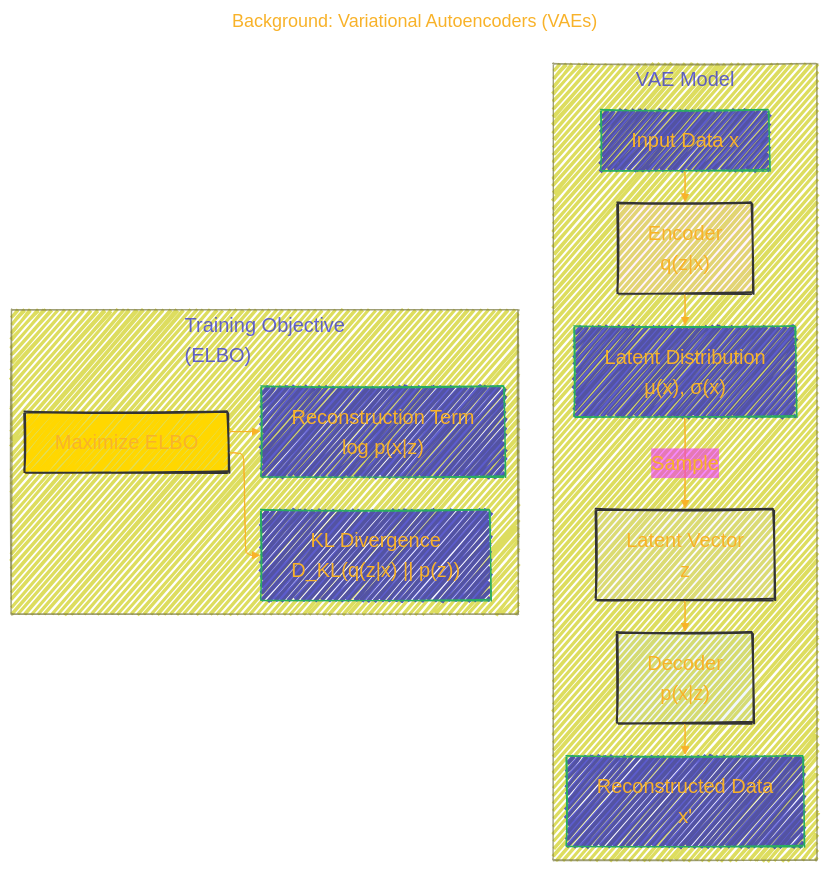
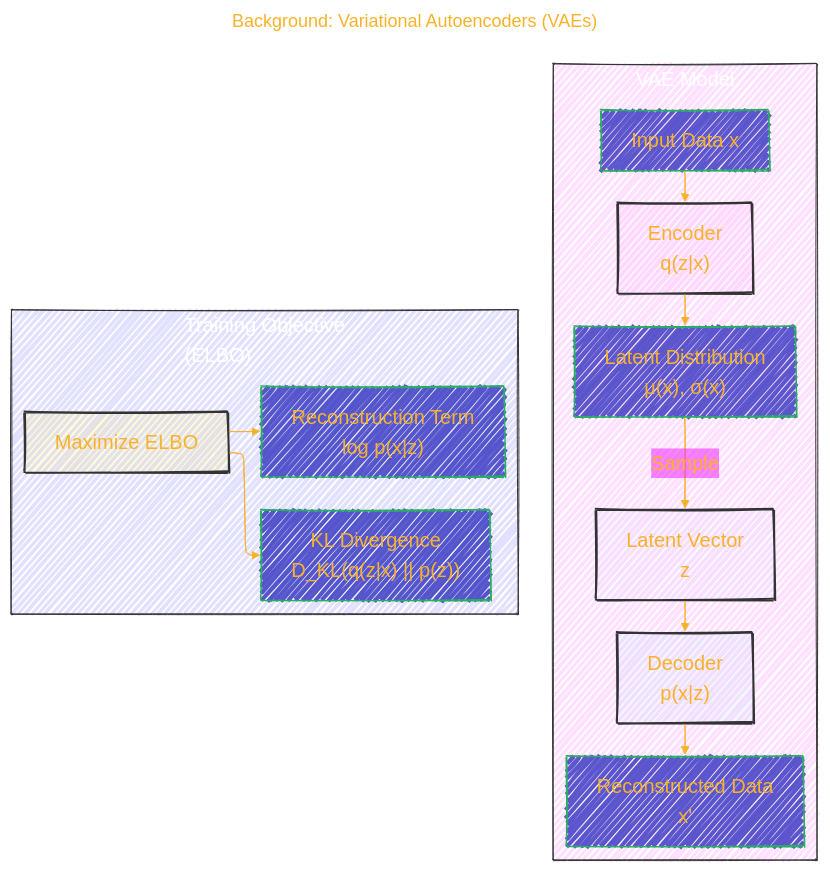
The first of 5 diagrams in Variational_Lossy_Autoencoder/Variational_Lossy_Autoencoder.md (CongLeSolutionX/Ilya_Sutskever_reading_list), drawn with Mermaid before and after one commit. The commit also changed other lines of this file, not shown here.

````diff
--- a/Variational_Lossy_Autoencoder/Variational_Lossy_Autoencoder.md
+++ b/Variational_Lossy_Autoencoder/Variational_Lossy_Autoencoder.md
@@ -96,53 +98,55 @@
 ```mermaid
 ---
 title: "Background: Variational Autoencoders (VAEs)"
 author: "Cong Le"
 version: "1.0"
 license(s): "MIT, CC BY-SA 4.0"
 copyright: "Copyright (c) 2025 Cong Le. All Rights Reserved."
 config:
   layout: elk
   theme: base
   look: handDrawn
 ---
 %%%%%%%% Mermaid version v11.4.1-b.14
 %%%%%%%% Available curve styles include the following keywords:
 %% basis, bumpX, bumpY, cardinal, catmullRom, linear, monotoneX, monotoneY, natural, step, stepAfter, stepBefore.
 %%{
   init: {
     'flowchart': { 'htmlLabels': true, 'curve': 'basis' },
     'fontFamily': 'American Typewriter, monospace',
     'logLevel': 'fatal',
     'themeVariables': {
       'primaryColor': '#22BB',
       'primaryTextColor': '#F8B229',
       'lineColor': '#F8B229',
       'primaryBorderColor': '#27AE60',
       'secondaryColor': '#E2F1',
       'secondaryTextColor': '#6C3483',
       'secondaryBorderColor': '#A569BD',
       'fontSize': '20px'
     }
   }
 }%%
 flowchart TD
     subgraph VAE_Model["VAE Model"]
+    style VAE_Model fill:#F2F2,stroke:#333,stroke-width:1px, color: #FFFF
         X["Input Data x"] --> Enc["Encoder<br/>q(z|x)"]
         Enc --> Z_dist["Latent Distribution<br/> μ(x), σ(x)"]
         Z_dist -- Sample --> Z["Latent Vector<br/> z"]
         Z --> Dec["Decoder<br/> p(x|z)"]
         Dec --> X_recon["Reconstructed Data<br/> x'"]
     end
 
     subgraph Training_Objective["Training Objective<br/>(ELBO)"]
+    style Training_Objective fill:#22F2,stroke:#333,stroke-width:1px, color: #FFFF
     direction LR
         ELBO["Maximize ELBO"]
         ELBO --> ReconTerm["Reconstruction Term <br> log p(x|z)"]
         ELBO --> KLTerm["KL Divergence <br> D_KL(q(z|x) || p(z))"]
     end
 
     style Enc fill:#f9f2,stroke:#333,stroke-width:2px
     style Dec fill:#9cf2,stroke:#333,stroke-width:2px
     style Z fill:#ccf2,stroke:#333,stroke-width:2px
-    style ELBO fill:#FFD700,stroke:#333,stroke-width:2px
+    style ELBO fill:#FD22,stroke:#333,stroke-width:2px
 ```
````
